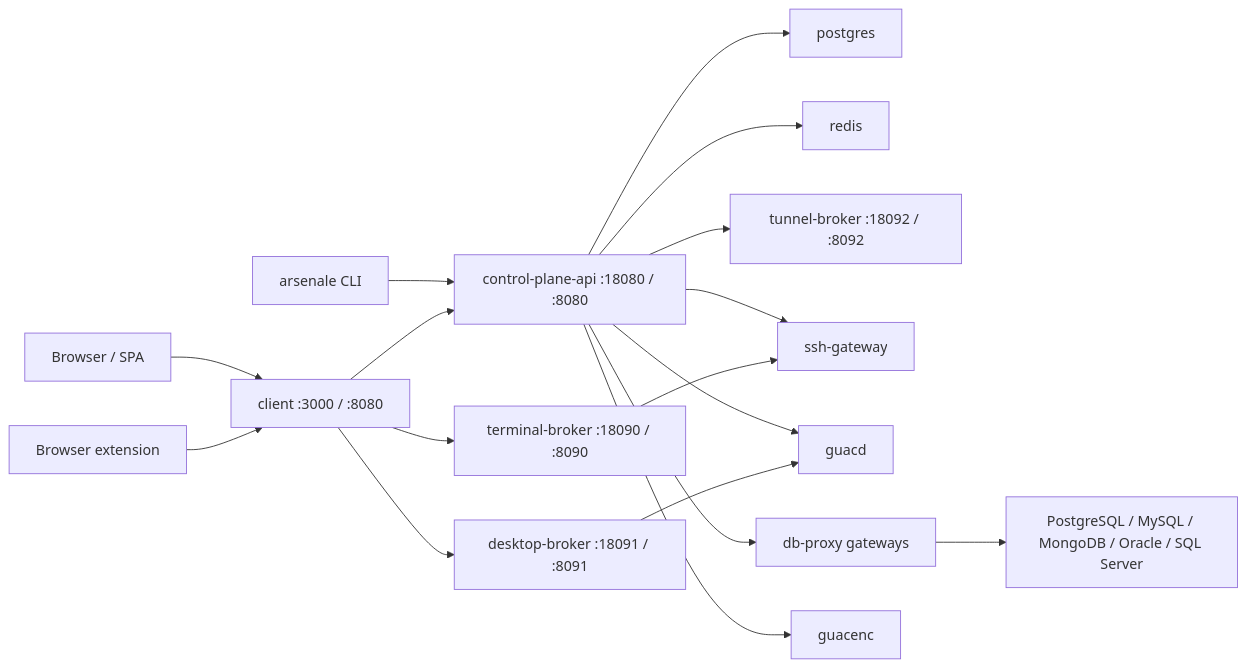
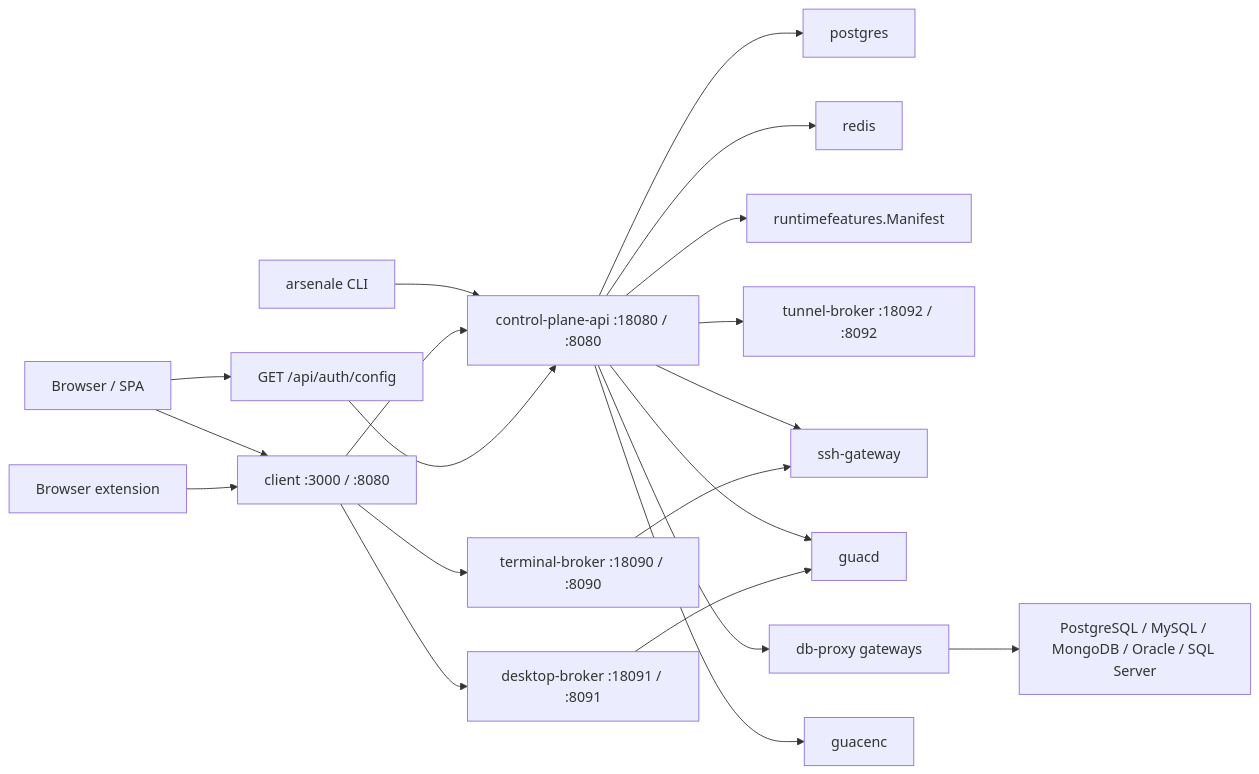
Before and after one commit to dnviti/remote-desktop-manager: the diagram in docs/index.md, drawn with Mermaid. The commit also changed other lines of this file and 80 other files, not shown here.

Commit message:
Add installer-managed deployment flow and runtime feature manifest

````diff
--- a/docs/index.md
+++ b/docs/index.md
@@ -76,22 +82,25 @@
 ```mermaid
 flowchart LR
     Browser["Browser / SPA"] --> Client["client :3000 / :8080"]
-    CLI["arsenale CLI"] --> Control["control-plane-api :18080 / :8080"]
+    Browser --> PublicConfig["GET /api/auth/config"]
+    CLI["arsenale CLI"] --> API["control-plane-api :18080 / :8080"]
     Extension["Browser extension"] --> Client
 
-    Client --> Control
+    Client --> API
+    PublicConfig --> API
     Client --> Desktop["desktop-broker :18091 / :8091"]
     Client --> Terminal["terminal-broker :18090 / :8090"]
 
-    Control --> Postgres["postgres"]
-    Control --> Redis["redis"]
-    Control --> Tunnel["tunnel-broker :18092 / :8092"]
-    Control --> SSH["ssh-gateway"]
-    Control --> Guacd["guacd"]
-    Control --> DBProxy["db-proxy gateways"]
-    Control --> Guacenc["guacenc"]
+    API --> Postgres["postgres"]
+    API --> Redis["redis"]
+    API --> Features["runtimefeatures.Manifest"]
+    API --> Tunnel["tunnel-broker :18092 / :8092"]
+    API --> SSH["ssh-gateway"]
+    API --> Guacd["guacd"]
+    API --> DBProxy["db-proxy gateways"]
+    API --> Guacenc["guacenc"]
 
     Desktop --> Guacd
     Terminal --> SSH
     DBProxy --> Targets["PostgreSQL / MySQL / MongoDB / Oracle / SQL Server"]
 ```
````
